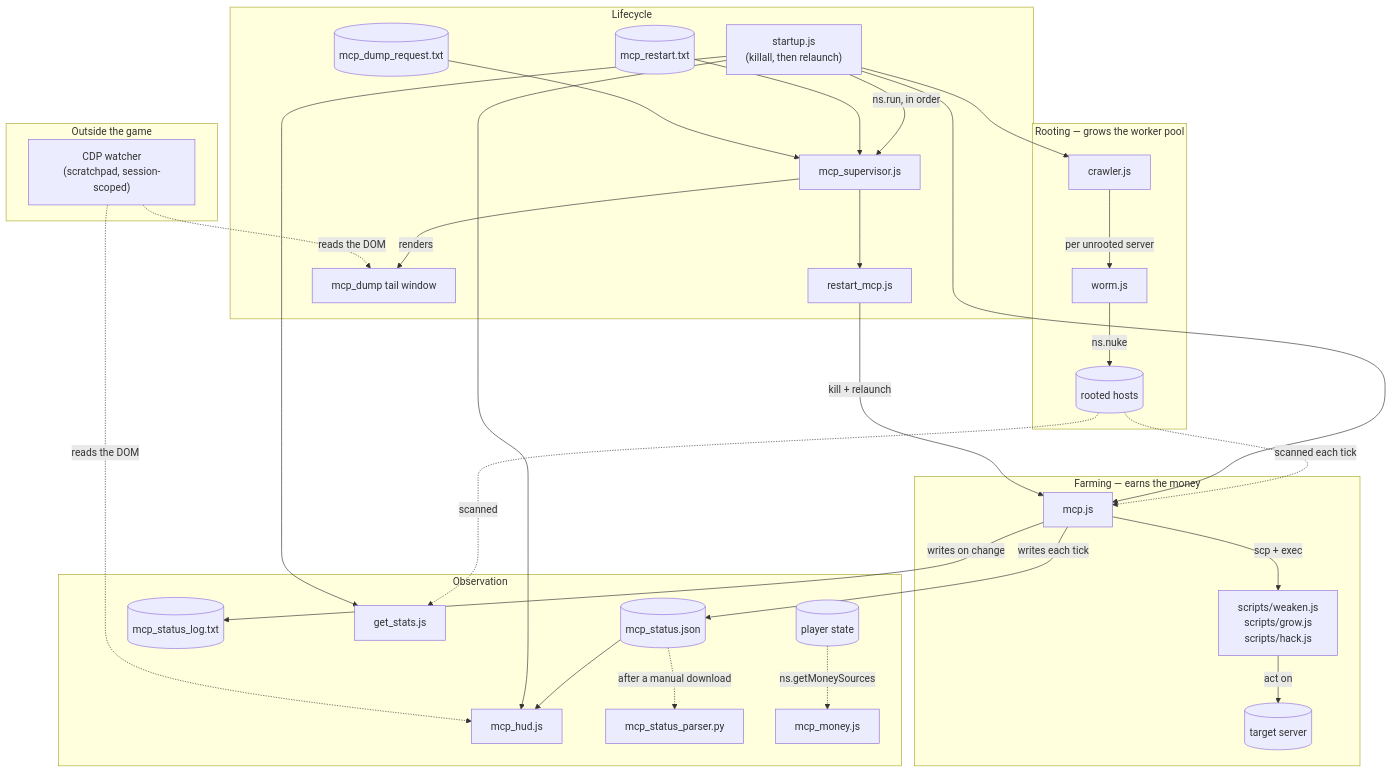
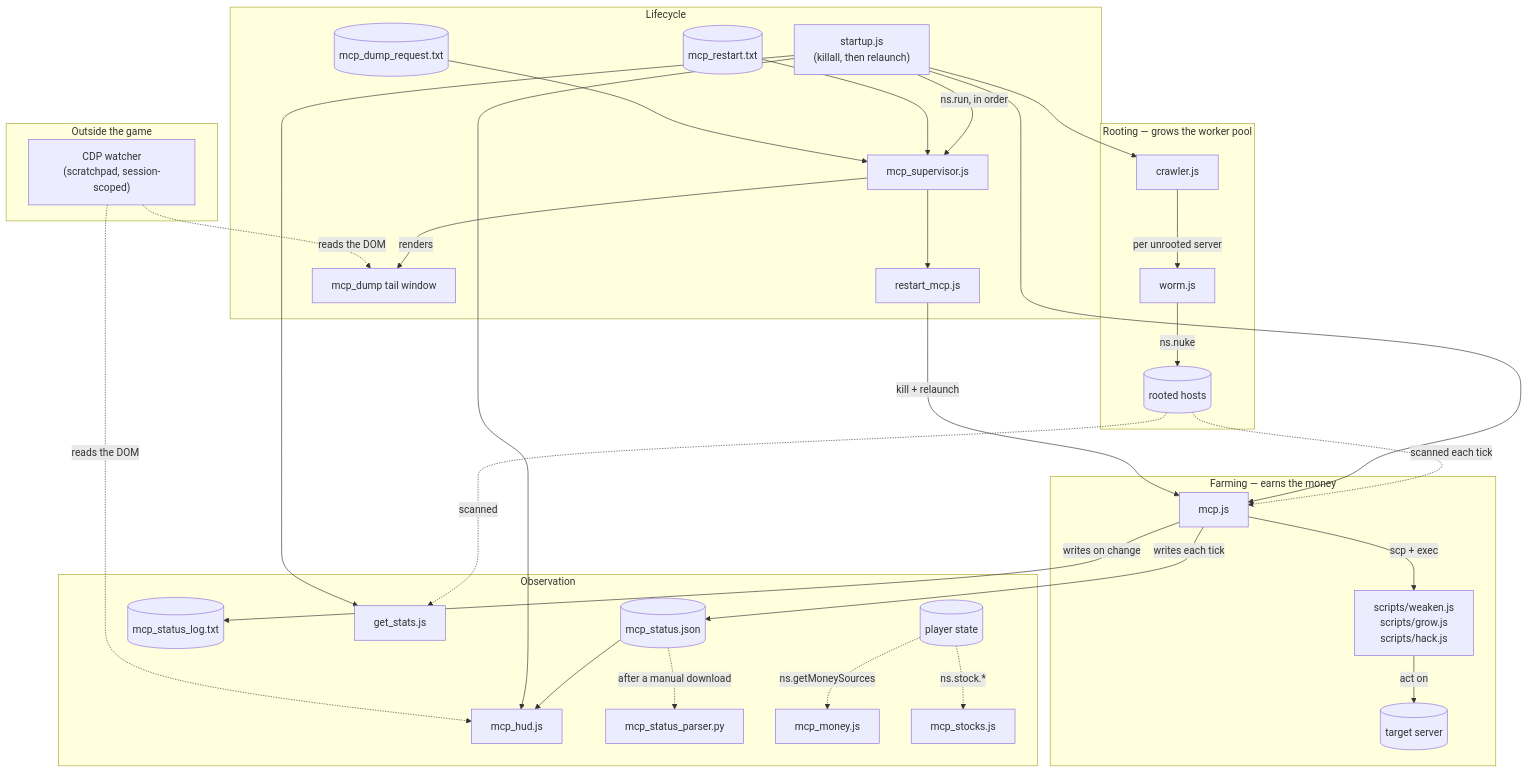
Before and after one commit to waunder/BitBurner: the diagram in docs/processes.md, drawn with Mermaid. The commit also changed other lines of this file and 2 other files, not shown here.

First line of the commit message:
Add mcp_stocks.js: read-only stock panel, groundwork for trading

````diff
--- a/docs/processes.md
+++ b/docs/processes.md
@@ -17,40 +17,41 @@
 ```mermaid
 flowchart TB
     subgraph root["Rooting — grows the worker pool"]
         crawler[crawler.js] -->|per unrooted server| worm[worm.js]
         worm -->|ns.nuke| pool[(rooted hosts)]
     end
 
     subgraph farm["Farming — earns the money"]
         mcp[mcp.js] -->|scp + exec| actions["scripts/weaken.js<br/>scripts/grow.js<br/>scripts/hack.js"]
         pool -.->|scanned each tick| mcp
         actions -->|act on| target[(target server)]
     end
 
     subgraph obs["Observation"]
         mcp -->|writes each tick| status[(mcp_status.json)]
         mcp -->|writes on change| logfile[(mcp_status_log.txt)]
         status --> hud[mcp_hud.js]
         pool -.->|scanned| stats[get_stats.js]
         status -.->|after a manual download| parser[mcp_status_parser.py]
         player[(player state)] -.->|ns.getMoneySources| moneypanel[mcp_money.js]
+        player -.->|ns.stock.*| stockpanel[mcp_stocks.js]
     end
 
     subgraph life["Lifecycle"]
         boot["startup.js<br/>(killall, then relaunch)"] -->|ns.run, in order| sup[mcp_supervisor.js]
         boot --> crawler
         boot --> mcp
         boot --> hud[mcp_hud.js]
         boot --> stats
         flag[(mcp_restart.txt)] --> sup
         sup --> restart[restart_mcp.js]
         restart -->|kill + relaunch| mcp
         dumpreq[(mcp_dump_request.txt)] --> sup
         sup -->|renders| dumptail[mcp_dump tail window]
     end
 
     subgraph out["Outside the game"]
         cdp["CDP watcher<br/>(scratchpad, session-scoped)"] -.->|reads the DOM| hud
         cdp -.->|reads the DOM| dumptail
     end
 ```
````
